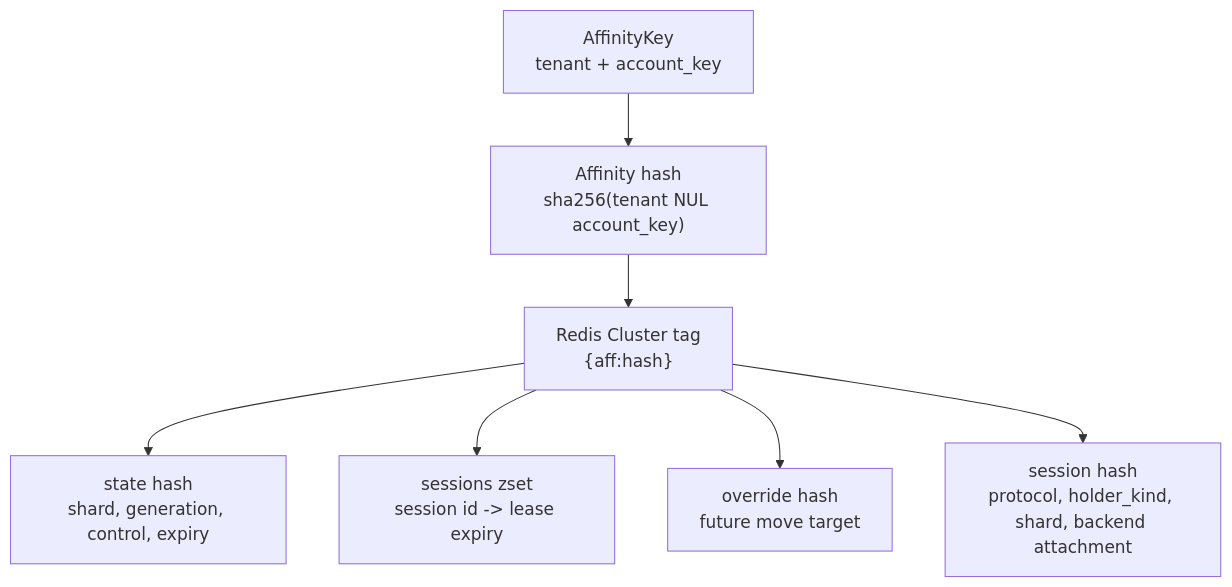
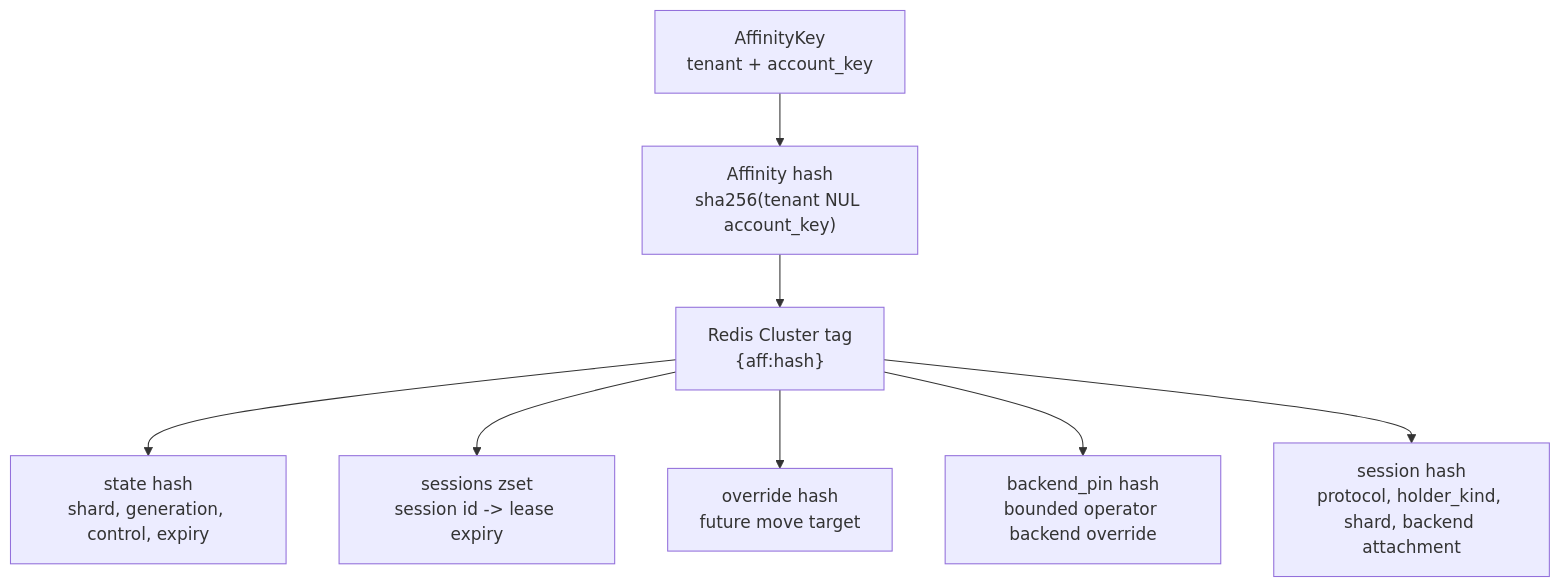
One commit to croessner/nauthilus-director changed the first of 7 diagrams in docs/developer/AFFINITY_SESSION_HANDLING.md. Above: the diagram before and after it, drawn with Mermaid. The commit also changed other lines of this file and 47 other files, not shown here.

````diff
--- a/docs/developer/AFFINITY_SESSION_HANDLING.md
+++ b/docs/developer/AFFINITY_SESSION_HANDLING.md
@@ -50,9 +50,10 @@
 ```mermaid
 flowchart TB
     A["AffinityKey<br/>tenant + account_key"] --> H["Affinity hash<br/>sha256(tenant NUL account_key)"]
     H --> G["Redis Cluster tag<br/>{aff:hash}"]
     G --> S["state hash<br/>shard, generation, control, expiry"]
     G --> Z["sessions zset<br/>session id -> lease expiry"]
     G --> O["override hash<br/>future move target"]
+    G --> P["backend_pin hash<br/>bounded operator backend override"]
     G --> K["session hash<br/>protocol, holder_kind, shard, backend attachment"]
 ```
````
